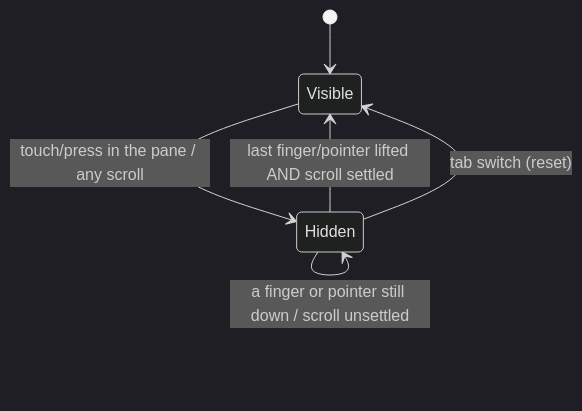
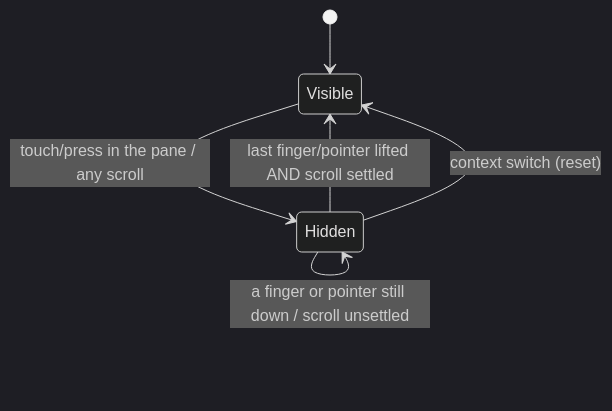
The first of 8 diagrams in docs/dashboard-views.md (oncloudnintynineone-source/cloudy2), drawn with Mermaid (dark theme) before and after one commit. The commit also changed other lines of this file and 9 other files, not shown here.

````diff
--- a/docs/dashboard-views.md
+++ b/docs/dashboard-views.md
@@ -264,8 +267,8 @@
    ```mermaid
    stateDiagram-v2
      [*] --> Visible
      Visible --> Hidden : touch/press in the pane / any scroll
      Hidden --> Hidden : a finger or pointer still down / scroll unsettled
-     Hidden --> Visible : last finger/pointer lifted AND scroll settled
-     Hidden --> Visible : tab switch (reset)
+      Hidden --> Visible : last finger/pointer lifted AND scroll settled
+      Hidden --> Visible : context switch (reset)
    ```
````
